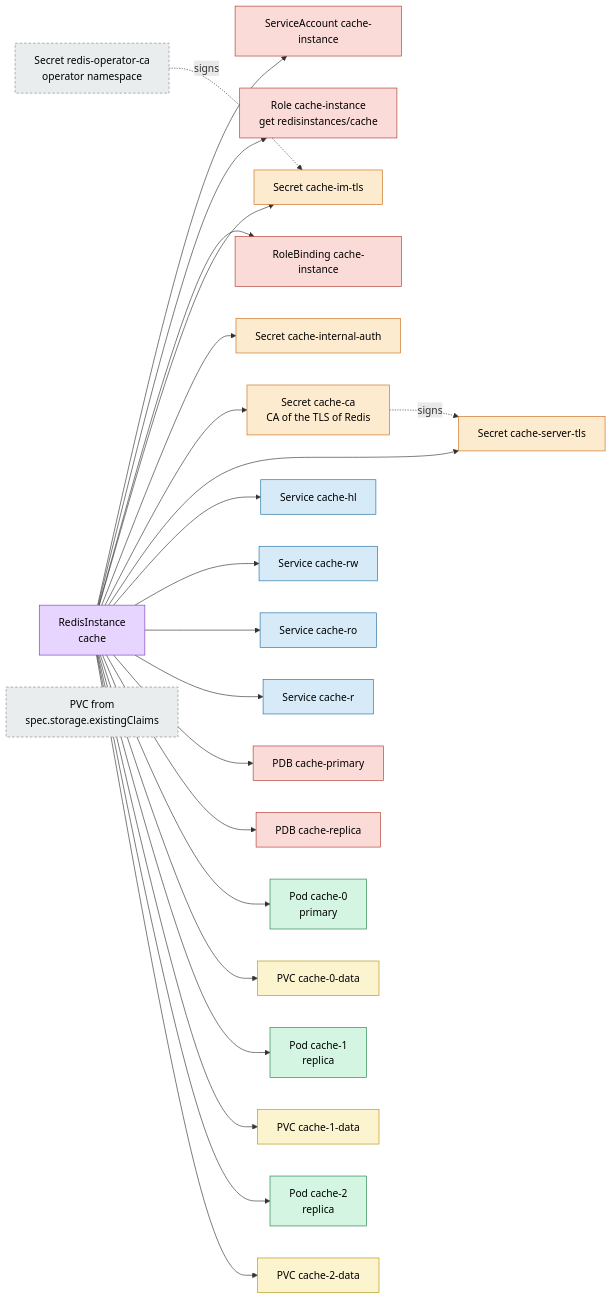
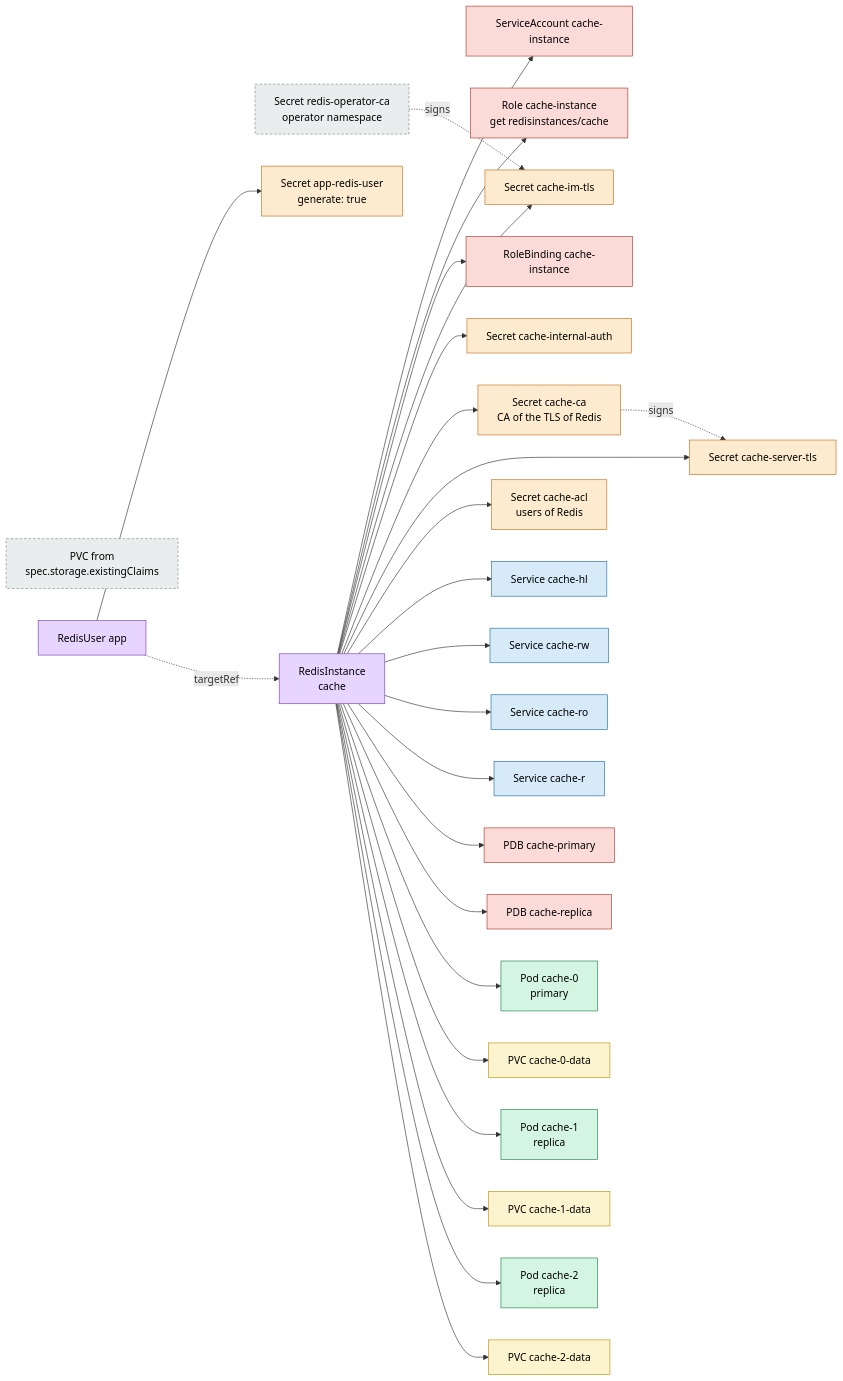
Before and after one commit to MrPickle311/redis-operator: the first of 10 diagrams in docs/architecture.md, drawn with Mermaid. The commit also changed other lines of this file and 2 other files, not shown here.

Commit message:
"Refactor ACL delivery: switch to aggregate Secret `<name>-acl>` for faster, drift-resilient sync; defer `replicaRules` and remove `unmanagedUsers` support for consistency."

````diff
--- a/docs/architecture.md
+++ b/docs/architecture.md
@@ -13,37 +13,41 @@
 ```mermaid
 flowchart LR
     classDef cr fill:#e8d5ff,stroke:#7b3fbf,color:#000
     classDef pod fill:#d5f5e3,stroke:#1e8449,color:#000
     classDef svc fill:#d6eaf8,stroke:#2471a3,color:#000
     classDef secret fill:#fdebd0,stroke:#ca6f1e,color:#000
     classDef pvc fill:#fcf3cf,stroke:#b7950b,color:#000
     classDef rbac fill:#fadbd8,stroke:#b03a2e,color:#000
     classDef ext fill:#eaeded,stroke:#7f8c8d,color:#000,stroke-dasharray:4 3
 
     CA["Secret redis-operator-ca<br/>operator namespace"]:::ext
     RI["RedisInstance<br/>cache"]:::cr
     EXT["PVC from<br/>spec.storage.existingClaims"]:::ext
 
     RI --> SA["ServiceAccount cache-instance"]:::rbac
     RI --> ROLE["Role cache-instance<br/>get redisinstances/cache"]:::rbac
     RI --> RB["RoleBinding cache-instance"]:::rbac
     RI --> TLS["Secret cache-im-tls"]:::secret
     RI --> AUTH["Secret cache-internal-auth"]:::secret
     RI --> RCA["Secret cache-ca<br/>CA of the TLS of Redis"]:::secret
     RI --> RTLS["Secret cache-server-tls"]:::secret
+    RI --> ACL["Secret cache-acl<br/>users of Redis"]:::secret
+    RU["RedisUser app"]:::cr
+    RU --> RUS["Secret app-redis-user<br/>generate: true"]:::secret
+    RU -. targetRef .-> RI
     RCA -. signs .-> RTLS
     RI --> HL["Service cache-hl"]:::svc
     RI --> RW["Service cache-rw"]:::svc
     RI --> RO["Service cache-ro"]:::svc
     RI --> R["Service cache-r"]:::svc
     RI --> PDBP["PDB cache-primary"]:::rbac
     RI --> PDBR["PDB cache-replica"]:::rbac
     RI --> P0["Pod cache-0<br/>primary"]:::pod
     RI --> D0["PVC cache-0-data"]:::pvc
     RI --> P1["Pod cache-1<br/>replica"]:::pod
     RI --> D1["PVC cache-1-data"]:::pvc
     RI --> P2["Pod cache-2<br/>replica"]:::pod
     RI --> D2["PVC cache-2-data"]:::pvc
 
     CA -. signs .-> TLS
 ```
````
